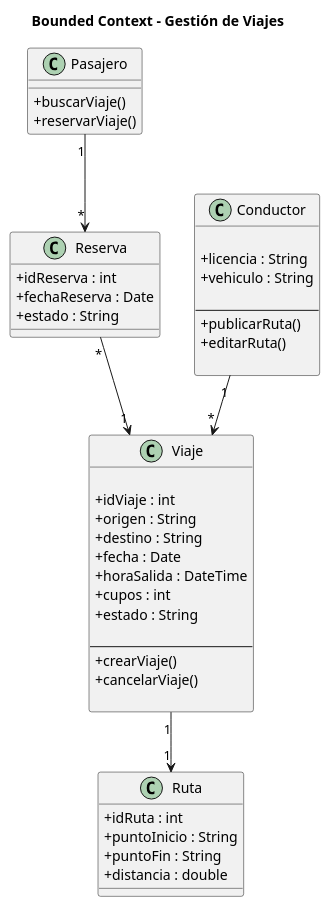
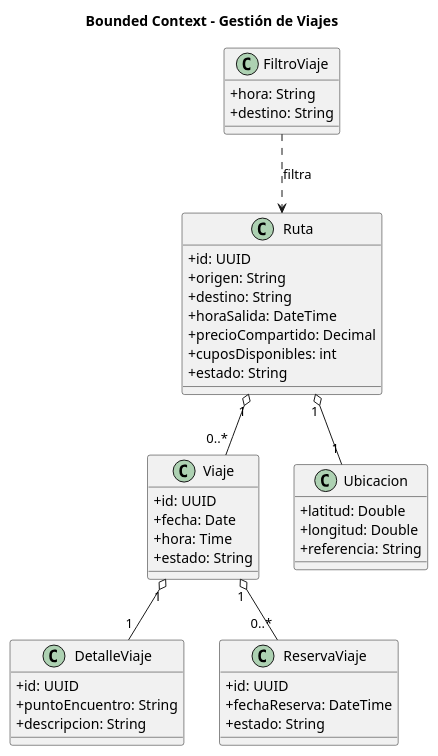
One commit to Richard-suv/UML-PROYECTO changed the diagram in Bounded Context/Gestión de Viajes.puml. Above: the diagram before and after it, drawn with PlantUML. The commit also changed 11 other files, not shown here.

```diff
--- a/Bounded Context/Gestión de Viajes.puml
+++ b/Bounded Context/Gestión de Viajes.puml
@@ -1,64 +1,51 @@
 @startuml
-
-skinparam backgroundColor white
 skinparam classAttributeIconSize 0
 
 title Bounded Context - Gestión de Viajes
 
-class Viaje {
-
-+idViaje : int
-+origen : String
-+destino : String
-+fecha : Date
-+horaSalida : DateTime
-+cupos : int
-+estado : String
-
---
-+crearViaje()
-+cancelarViaje()
-
+class Ruta {
+  +id: UUID
+  +origen: String
+  +destino: String
+  +horaSalida: DateTime
+  +precioCompartido: Decimal
+  +cuposDisponibles: int
+  +estado: String
 }
 
-class Ruta {
-
-+idRuta : int
-+puntoInicio : String
-+puntoFin : String
-+distancia : double
-
+class Viaje {
+  +id: UUID
+  +fecha: Date
+  +hora: Time
+  +estado: String
 }
 
-class Reserva {
-
-+idReserva : int
-+fechaReserva : Date
-+estado : String
-
+class DetalleViaje {
+  +id: UUID
+  +puntoEncuentro: String
+  +descripcion: String
 }
 
-class Conductor {
-
-+licencia : String
-+vehiculo : String
-
---
-+publicarRuta()
-+editarRuta()
-
+class FiltroViaje {
+  +hora: String
+  +destino: String
 }
 
-class Pasajero {
-
-+buscarViaje()
-+reservarViaje()
-
+class ReservaViaje {
+  +id: UUID
+  +fechaReserva: DateTime
+  +estado: String
 }
 
-Conductor "1" --> "*" Viaje
-Viaje "1" --> "1" Ruta
-Pasajero "1" --> "*" Reserva
-Reserva "*" --> "1" Viaje
+class Ubicacion {
+  +latitud: Double
+  +longitud: Double
+  +referencia: String
+}
 
+Ruta "1" o-- "0..*" Viaje
+Viaje "1" o-- "1" DetalleViaje
+Viaje "1" o-- "0..*" ReservaViaje
+Ruta "1" o-- "1" Ubicacion
+FiltroViaje ..> Ruta : filtra
 @enduml
```
